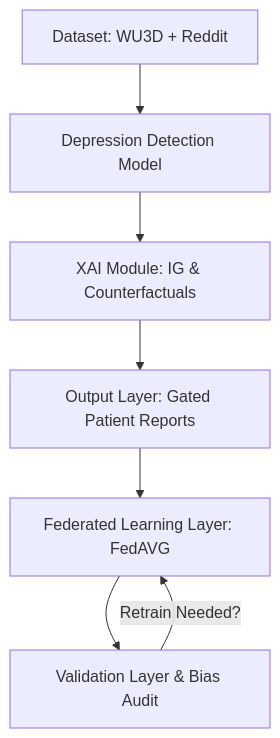
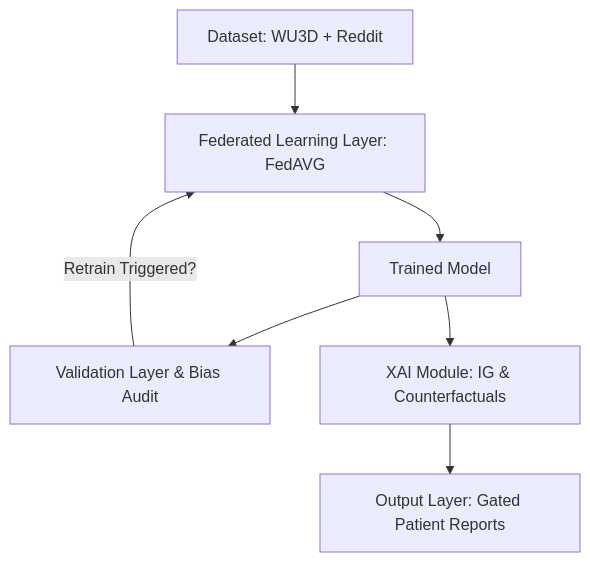
Before and after one commit to sahil454521/depression_detection-research: the diagram in depression_detection/pipeline_verification_report.md, drawn with Mermaid. The commit also changed other lines of this file and 2 other files, not shown here.

Commit message:
Implement clinical severity-symptom consistency reconciliation, fix EO-gap N/A bias audits, and update pipeline verification report

````diff
--- a/depression_detection/pipeline_verification_report.md
+++ b/depression_detection/pipeline_verification_report.md
@@ -11,9 +11,9 @@
 ```mermaid
 graph TD
-    Data[Dataset: WU3D + Reddit] --> Model[Depression Detection Model]
+    Data[Dataset: WU3D + Reddit] --> FL[Federated Learning Layer: FedAVG]
+    FL --> Model[Trained Model]
+    Model --> Val[Validation Layer & Bias Audit]
+    Val -- Retrain Triggered? --> FL
     Model --> XAI[XAI Module: IG & Counterfactuals]
     XAI --> Output[Output Layer: Gated Patient Reports]
-    Output --> FL[Federated Learning Layer: FedAVG]
-    FL --> Val[Validation Layer & Bias Audit]
-    Val -- Retrain Needed? --> FL
 ```
````
